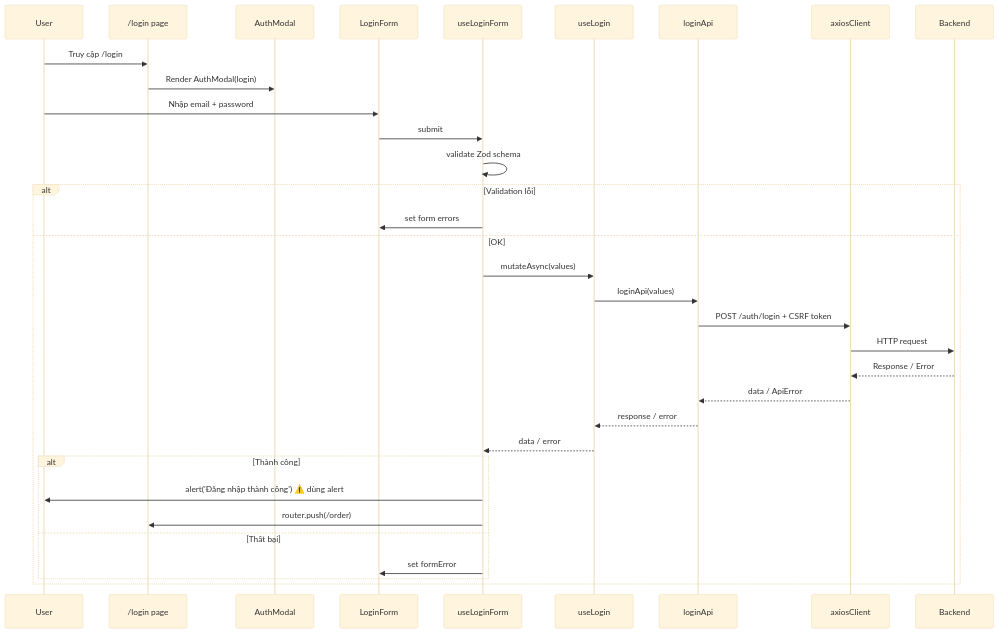
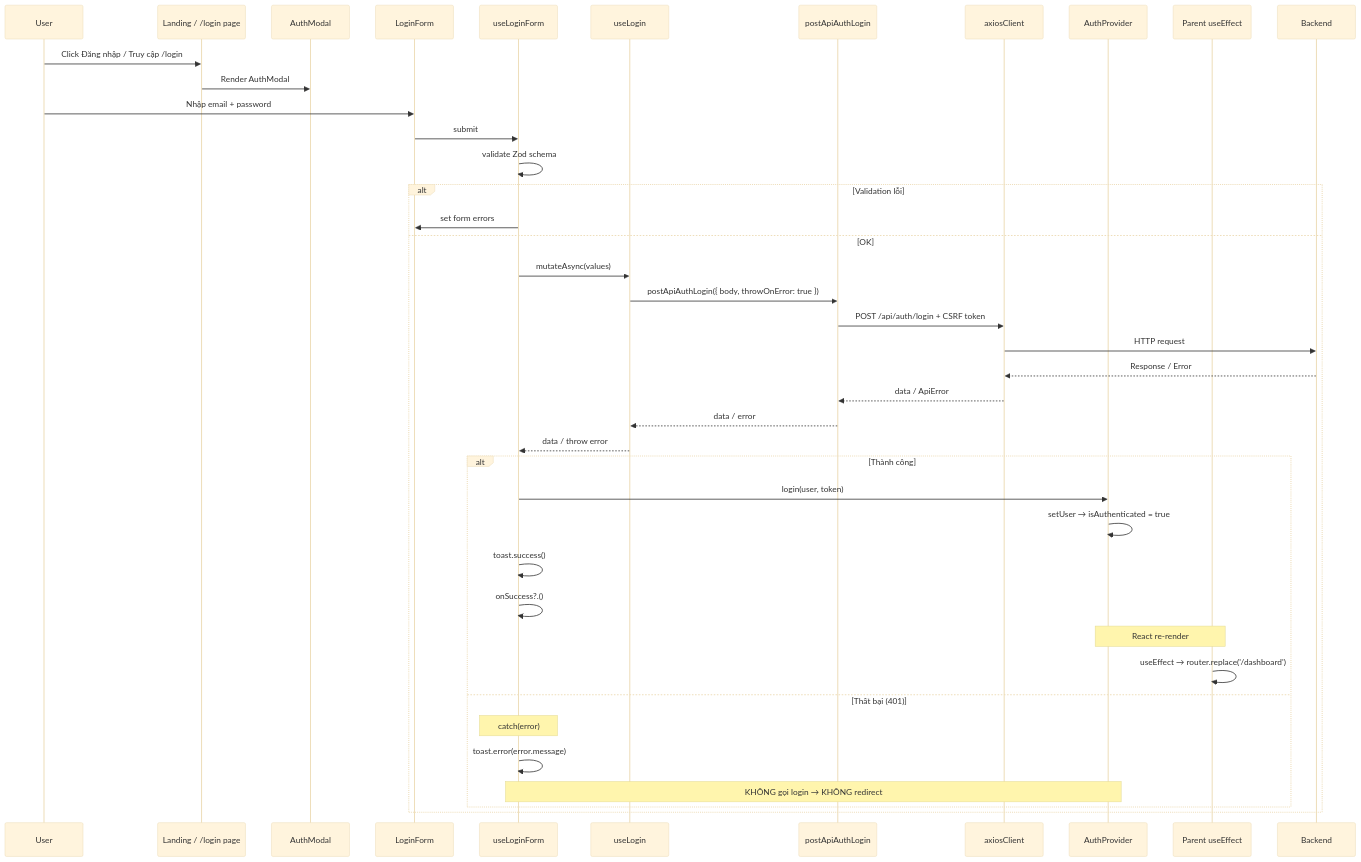
The second of 5 diagrams in docs/DATA_FLOW.md (TNP-Travel-Now-Project/tnp-ui-web), drawn with Mermaid (base theme) before and after one commit. The commit also changed 90 other files, not shown here.

First line of the commit message:
Feature/TNP-TuanNT-03 (#3) Integration OpenAPI to increase consistency between type safe FE and BE. Get Login first flow

````diff
--- a/docs/DATA_FLOW.md
+++ b/docs/DATA_FLOW.md
@@ -55,35 +55,43 @@
 ```mermaid
 sequenceDiagram
     participant User
-    participant Page as /login page
+    participant Page as Landing / /login page
     participant Modal as AuthModal
     participant Form as LoginForm
     participant FormHook as useLoginForm
     participant MutHook as useLogin
-    participant API as loginApi
+    participant API as postApiAuthLogin
     participant Axios as axiosClient
-    
-    User->>Page: Truy cập /login
-    Page->>Modal: Render AuthModal(login)
+    participant Auth as AuthProvider
+    participant Parent as Parent useEffect
+
+    User->>Page: Click Đăng nhập / Truy cập /login
+    Page->>Modal: Render AuthModal
     User->>Form: Nhập email + password
     Form->>FormHook: submit
     FormHook->>FormHook: validate Zod schema
     alt Validation lỗi
         FormHook->>Form: set form errors
     else OK
         FormHook->>MutHook: mutateAsync(values)
-        MutHook->>API: loginApi(values)
-        API->>Axios: POST /auth/login + CSRF token
+        MutHook->>API: postApiAuthLogin({ body, throwOnError: true })
+        API->>Axios: POST /api/auth/login + CSRF token
         Axios->>Backend: HTTP request
         Backend-->>Axios: Response / Error
         Axios-->>API: data / ApiError
-        API-->>MutHook: response / error
-        MutHook-->>FormHook: data / error
+        API-->>MutHook: data / error
+        MutHook-->>FormHook: data / throw error
         alt Thành công
-            FormHook->>User: alert('Đăng nhập thành công') ⚠️ dùng alert
-            FormHook->>Page: router.push(/order)
-        else Thất bại
-            FormHook->>Form: set formError
+            FormHook->>Auth: login(user, token)
+            Auth->>Auth: setUser → isAuthenticated = true
+            FormHook->>FormHook: toast.success()
+            FormHook->>FormHook: onSuccess?.()
+            Note over Auth,Parent: React re-render
+            Parent->>Parent: useEffect → router.replace('/dashboard')
+        else Thất bại (401)
+            Note over FormHook: catch(error)
+            FormHook->>FormHook: toast.error(error.message)
+            Note over FormHook,Auth: KHÔNG gọi login → KHÔNG redirect
         end
     end
 ```
````
